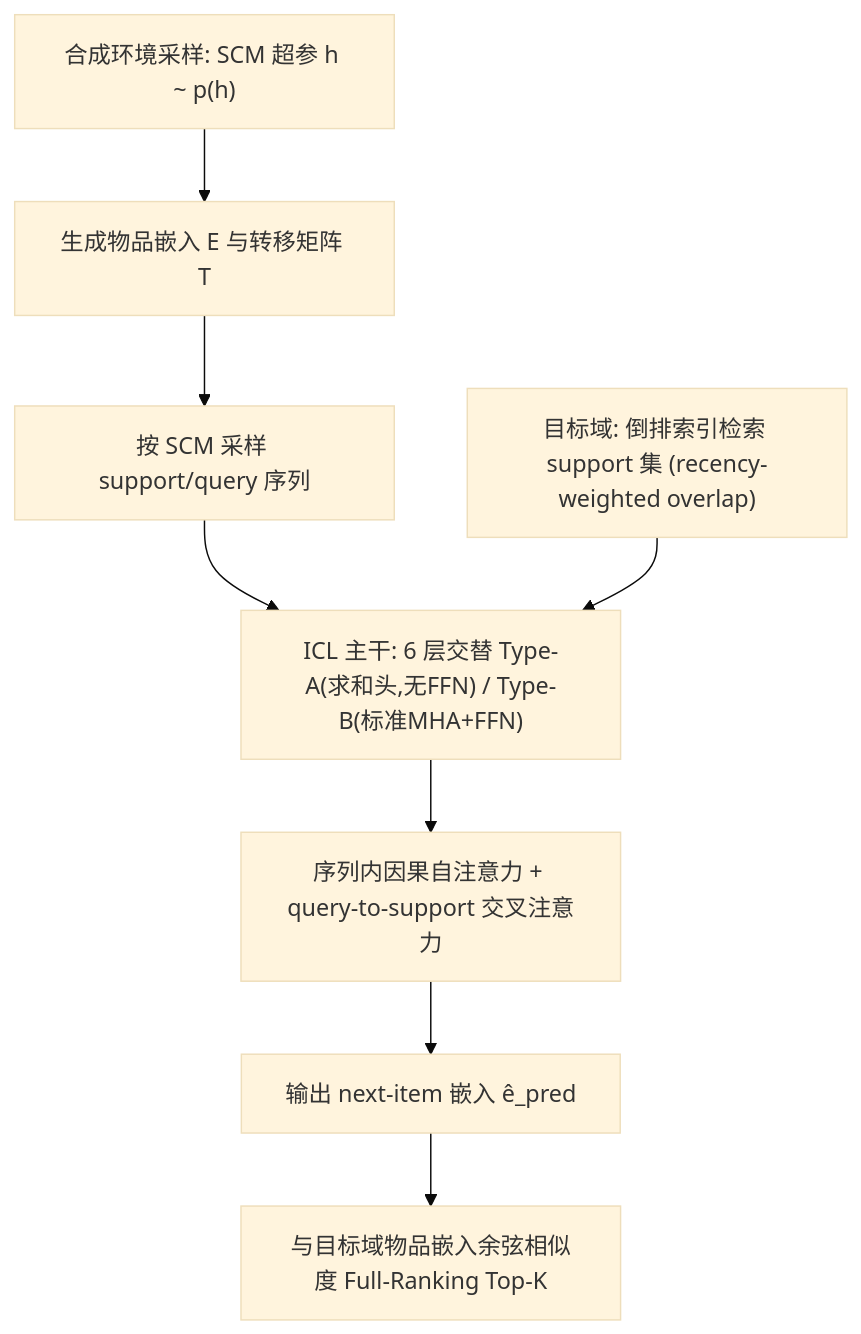
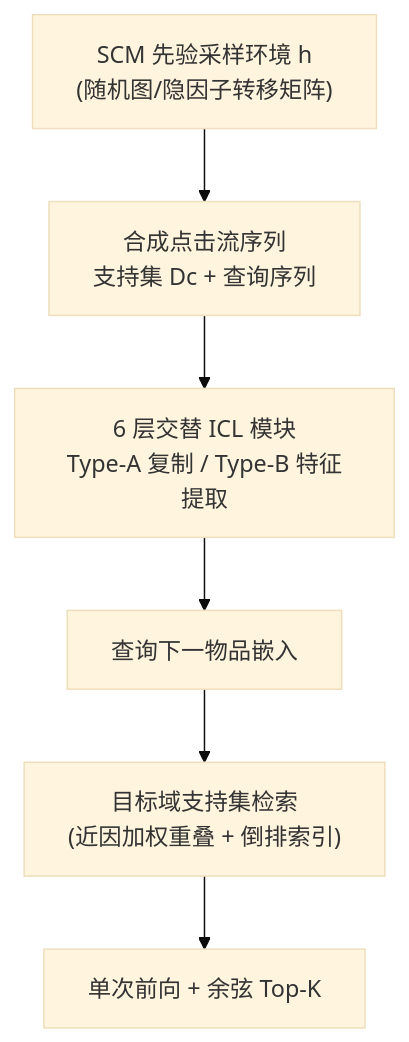
One commit to jbdcia321vw/Paper-Notes changed the diagram in docs/venues/SIGIR/2026/sequential_rec/recpfn_prior_fitted_networks_for_in_context_based_recommendations.md. Above: the diagram before and after it, drawn with Mermaid (base theme). The commit also changed other lines of this file and 1119 other files, not shown here.

````diff
--- a/docs/venues/SIGIR/2026/sequential_rec/recpfn_prior_fitted_networks_for_in_context_based_recommendations.md
+++ b/docs/venues/SIGIR/2026/sequential_rec/recpfn_prior_fitted_networks_for_in_context_based_recommendations.md
@@ -60,10 +47,8 @@
 ```mermaid
 flowchart TD
-    A["合成环境采样: SCM 超参 h ~ p(h)"] --> B["生成物品嵌入 E 与转移矩阵 T"]
-    B --> C["按 SCM 采样 support/query 序列"]
-    C --> D["ICL 主干: 6 层交替 Type-A(求和头,无FFN) / Type-B(标准MHA+FFN)"]
-    D --> E["序列内因果自注意力 + query-to-support 交叉注意力"]
-    E --> F["输出 next-item 嵌入 ê_pred"]
-    G["目标域: 倒排索引检索 support 集 (recency-weighted overlap)"] --> D
-    F --> H["与目标域物品嵌入余弦相似度 Full-Ranking Top-K"]
+    A["SCM 先验采样环境 h<br/>(随机图/隐因子转移矩阵)"] --> B["合成点击流序列<br/>支持集 Dc + 查询序列"]
+    B --> C["6 层交替 ICL 模块<br/>Type-A 复制 / Type-B 特征提取"]
+    C --> D["查询下一物品嵌入"]
+    D --> E["目标域支持集检索<br/>(近因加权重叠 + 倒排索引)"]
+    E --> F["单次前向 + 余弦 Top-K"]
 ```
````
